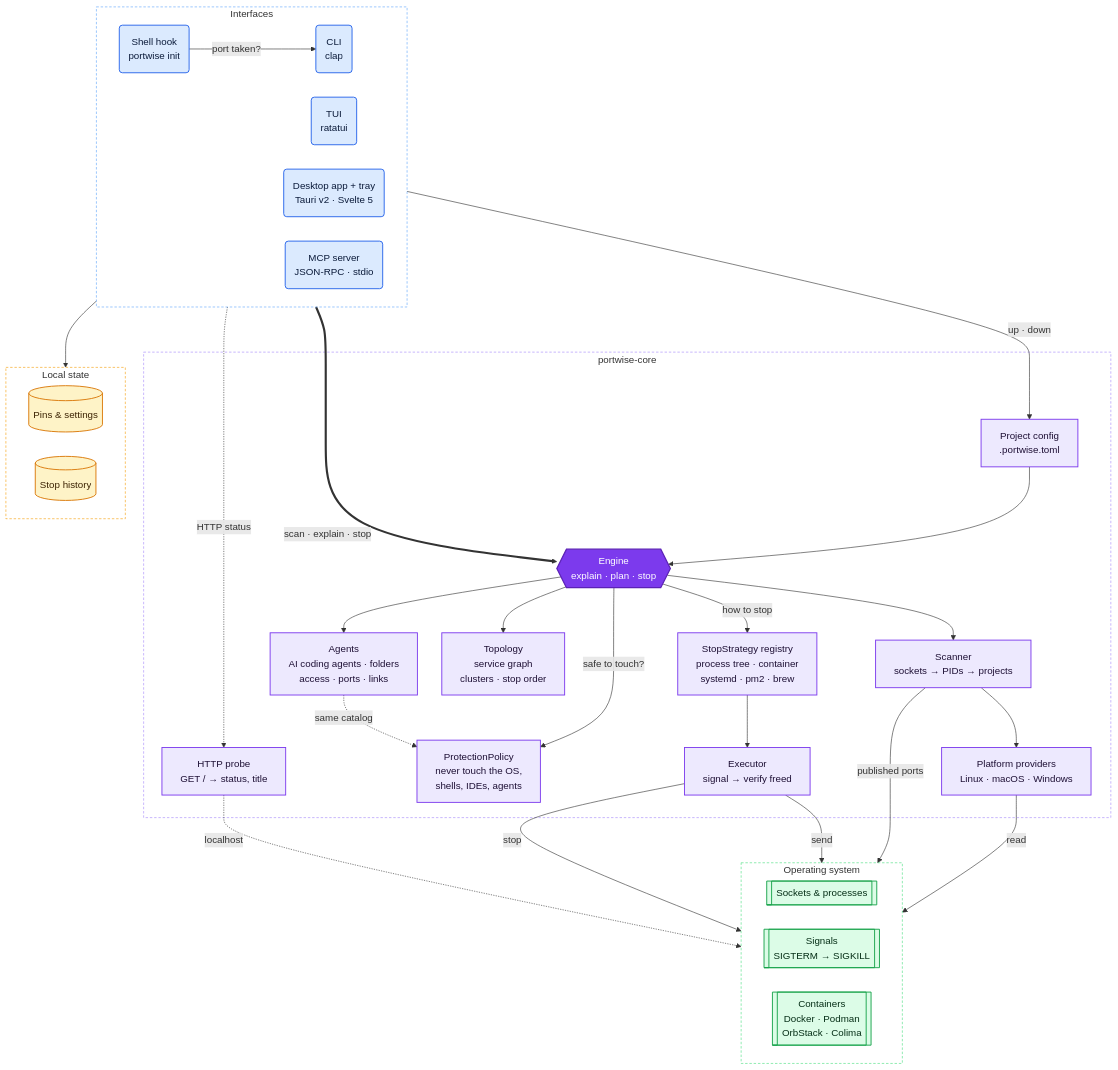
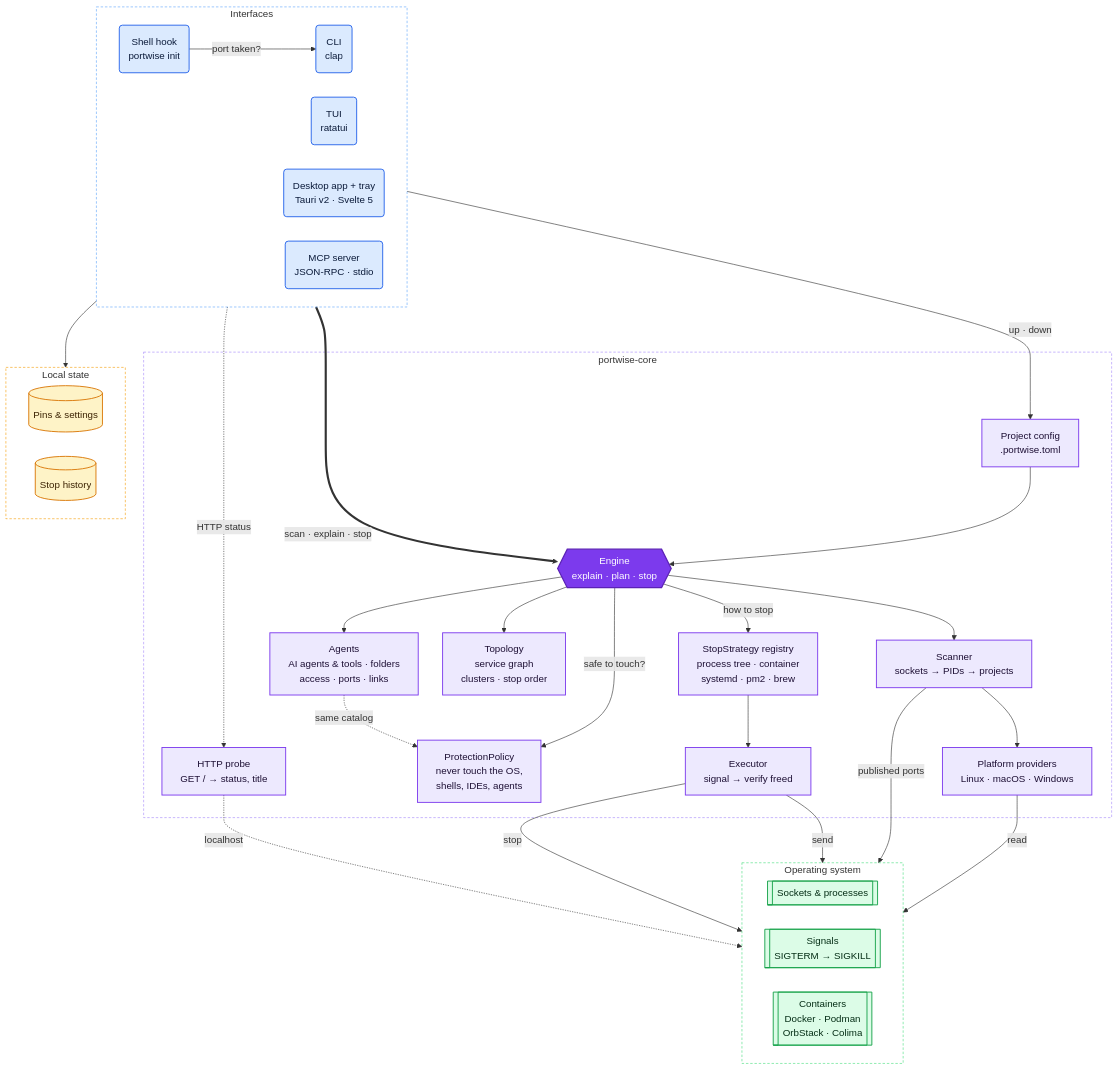
Before and after one commit to santoshshinde2012/holdmap: the first of 6 diagrams in docs/architecture.md, drawn with Mermaid. The commit also changed other lines of this file and 51 other files, not shown here.

First line of the commit message:
Full visibility and control for agents, tools and apps (#10)

````diff
--- a/docs/architecture.md
+++ b/docs/architecture.md
@@ -9,76 +9,76 @@
 ```mermaid
 %%{init: {"flowchart": {"wrappingWidth": 260, "nodeSpacing": 40, "rankSpacing": 50}}}%%
 flowchart TB
   subgraph IF["Interfaces"]
     direction LR
     HOOK("Shell hook<br/>portwise init")
     CLI("CLI<br/>clap")
     TUI("TUI<br/>ratatui")
     DESK("Desktop app + tray<br/>Tauri v2 · Svelte 5")
     MCP("MCP server<br/>JSON-RPC · stdio")
   end
 
   subgraph CORE["portwise-core"]
     ENG{{"Engine<br/>explain · plan · stop"}}
     SCAN["Scanner<br/>sockets → PIDs → projects"]
     PROV["Platform providers<br/>Linux · macOS · Windows"]
     POL["ProtectionPolicy<br/>never touch the OS,<br/>shells, IDEs, agents"]
     REG["StopStrategy registry<br/>process tree · container<br/>systemd · pm2 · brew"]
     EXEC["Executor<br/>signal → verify freed"]
     TOPO["Topology<br/>service graph<br/>clusters · stop order"]
-    AGT["Agents<br/>AI coding agents · folders<br/>access · ports · links"]
+    AGT["Agents<br/>AI agents & tools · folders<br/>access · ports · links"]
     HTTP["HTTP probe<br/>GET / → status, title"]
     STACK["Project config<br/>.portwise.toml"]
   end
 
   subgraph OS["Operating system"]
     direction LR
     SOCK[["Sockets & processes"]]
     SIG[["Signals<br/>SIGTERM → SIGKILL"]]
     CTR[["Containers<br/>Docker · Podman<br/>OrbStack · Colima"]]
   end
 
   subgraph ST["Local state"]
     direction LR
     PINS[("Pins & settings")]
     HIST[("Stop history")]
   end
 
   HOOK -->|"port taken?"| CLI
 
   IF ==>|"scan · explain · stop"| ENG
   IF -.->|"HTTP status"| HTTP
   IF --> ST
   CLI -->|"up · down"| STACK
   STACK --> ENG
 
   ENG --> SCAN
   SCAN --> PROV
   ENG -->|"safe to touch?"| POL
   ENG -->|"how to stop"| REG
   ENG --> TOPO
   ENG --> AGT
   AGT -.->|"same catalog"| POL
   REG --> EXEC
 
   PROV -->|"read"| SOCK
   SCAN -->|"published ports"| CTR
   EXEC -->|"send"| SIG
   EXEC -->|"stop"| CTR
   HTTP -.->|"localhost"| SOCK
 
   classDef iface fill:#dbeafe,stroke:#2563eb,stroke-width:1.5px,color:#0b1b3a
   classDef core fill:#ede9fe,stroke:#7c3aed,stroke-width:1.5px,color:#1e1035
   classDef engine fill:#7c3aed,stroke:#5b21b6,stroke-width:2px,color:#ffffff
   classDef os fill:#dcfce7,stroke:#16a34a,stroke-width:1.5px,color:#052e16
   classDef state fill:#fef3c7,stroke:#d97706,stroke-width:1.5px,color:#3b2203
   class HOOK,CLI,TUI,DESK,MCP iface
   class SCAN,PROV,POL,REG,EXEC,TOPO,AGT,HTTP,STACK core
   class ENG engine
   class SOCK,SIG,CTR os
   class PINS,HIST state
   style IF fill:transparent,stroke:#60a5fa,stroke-dasharray:4 3
   style CORE fill:transparent,stroke:#a78bfa,stroke-dasharray:4 3
   style OS fill:transparent,stroke:#4ade80,stroke-dasharray:4 3
   style ST fill:transparent,stroke:#f59e0b,stroke-dasharray:4 3
 ```
````
